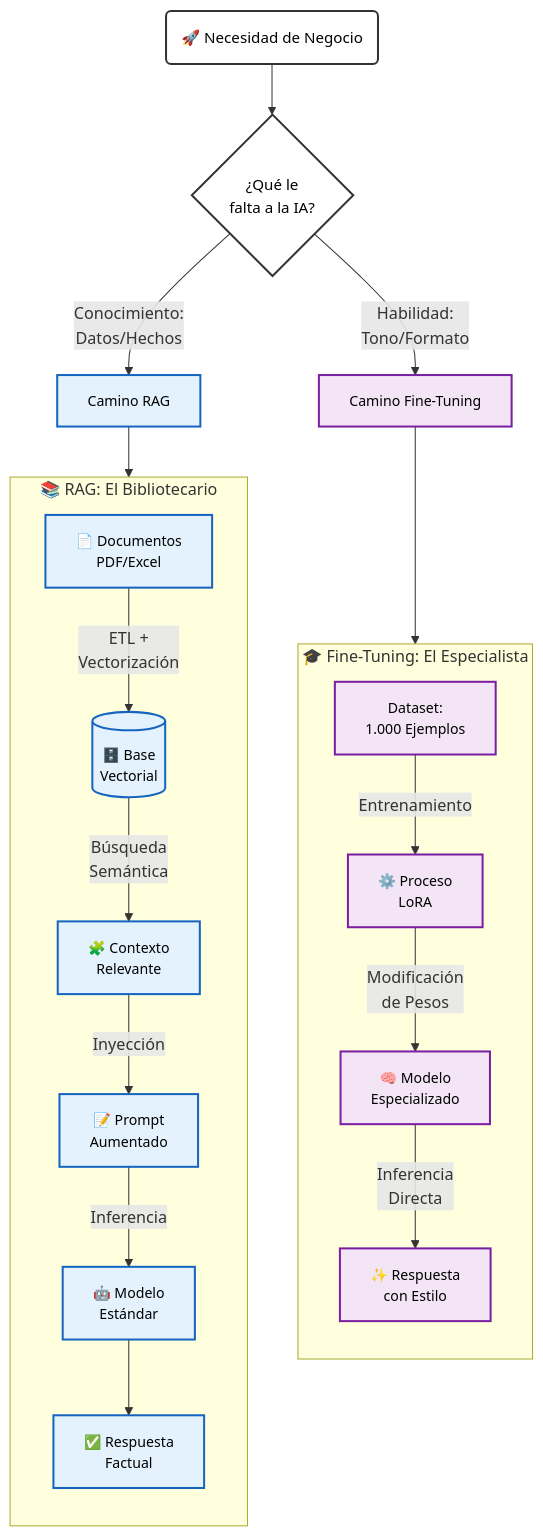
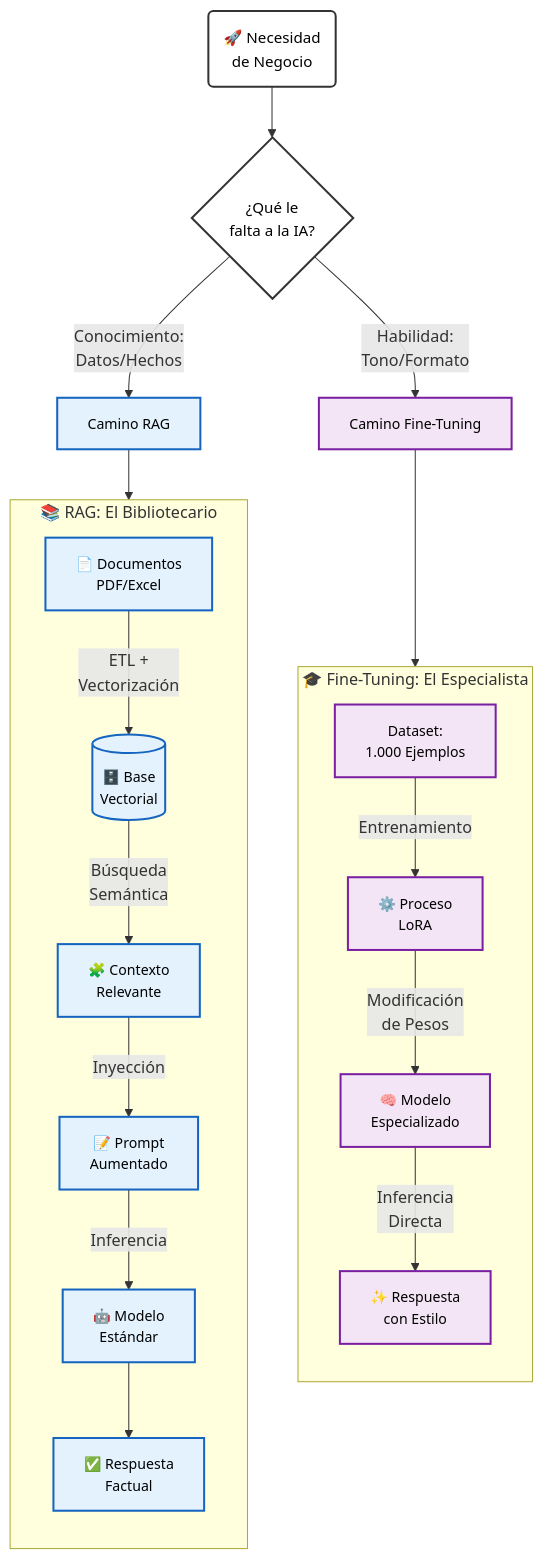
The diagram in docs/guias/07-Fine-Tuning.md (jccarvajal/Arquitectura-IA), drawn with Mermaid before and after one commit.

````diff
--- a/docs/guias/07-Fine-Tuning.md
+++ b/docs/guias/07-Fine-Tuning.md
@@ -24,42 +24,42 @@
 ```mermaid
 graph TD
     %% ESTILOS (Con ajuste de FUENTE y RELLENO)
     classDef base fill:#ffffff,stroke:#333,stroke-width:2px,color:#000,font-size:15px;
     classDef blue fill:#e3f2fd,stroke:#1565c0,stroke-width:2px,color:#000,font-size:14px;
     classDef purple fill:#f3e5f5,stroke:#7b1fa2,stroke-width:2px,color:#000,font-size:14px;
 
     %% 1. EL PROBLEMA (Usando paréntesis para bordes redondeados, no pastilla)
-    Start(🚀 Necesidad de Negocio) --> Decision{¿Qué le<br/>falta a la IA?}
+    Start(🚀 Necesidad<br/>de Negocio) --> Decision{¿Qué le<br/>falta a la IA?}
     class Start,Decision base;
 
     %% 2. RAMIFICACIÓN
     Decision -->|Conocimiento:<br/>Datos/Hechos| NodeRAG[Camino RAG]
     Decision -->|Habilidad:<br/>Tono/Formato| NodeFT[Camino Fine-Tuning]
     class NodeRAG blue;
     class NodeFT purple;
 
     %% 3. ARQUITECTURA RAG
     subgraph RAG_BOX [📚 RAG: El Bibliotecario]
         direction TB
         Doc[📄 Documentos<br/>PDF/Excel] -->|ETL +<br/>Vectorización| DB[(🗄️ Base<br/>Vectorial)]
         DB -->|Búsqueda<br/>Semántica| Context[🧩 Contexto<br/>Relevante]
         Context -->|Inyección| Prompt[📝 Prompt<br/>Aumentado]
         Prompt -->|Inferencia| Model1[🤖 Modelo<br/>Estándar]
         Model1 --> Res1[✅ Respuesta<br/>Factual]
     end
 
     %% 4. ARQUITECTURA FINE-TUNING
     subgraph FT_BOX [🎓 Fine-Tuning: El Especialista]
         direction TB
         Data[Dataset:<br/>1.000 Ejemplos] -->|Entrenamiento| Train[⚙️ Proceso<br/>LoRA]
         Train -->|Modificación<br/>de Pesos| Model2[🧠 Modelo<br/>Especializado]
         Model2 -->|Inferencia<br/>Directa| Res2[✨ Respuesta<br/>con Estilo]
     end
 
     %% CONEXIONES
     NodeRAG --> RAG_BOX
     NodeFT --> FT_BOX
 
     class Doc,DB,Context,Prompt,Model1,Res1 blue;
     class Data,Train,Model2,Res2 purple;
 ```
````
